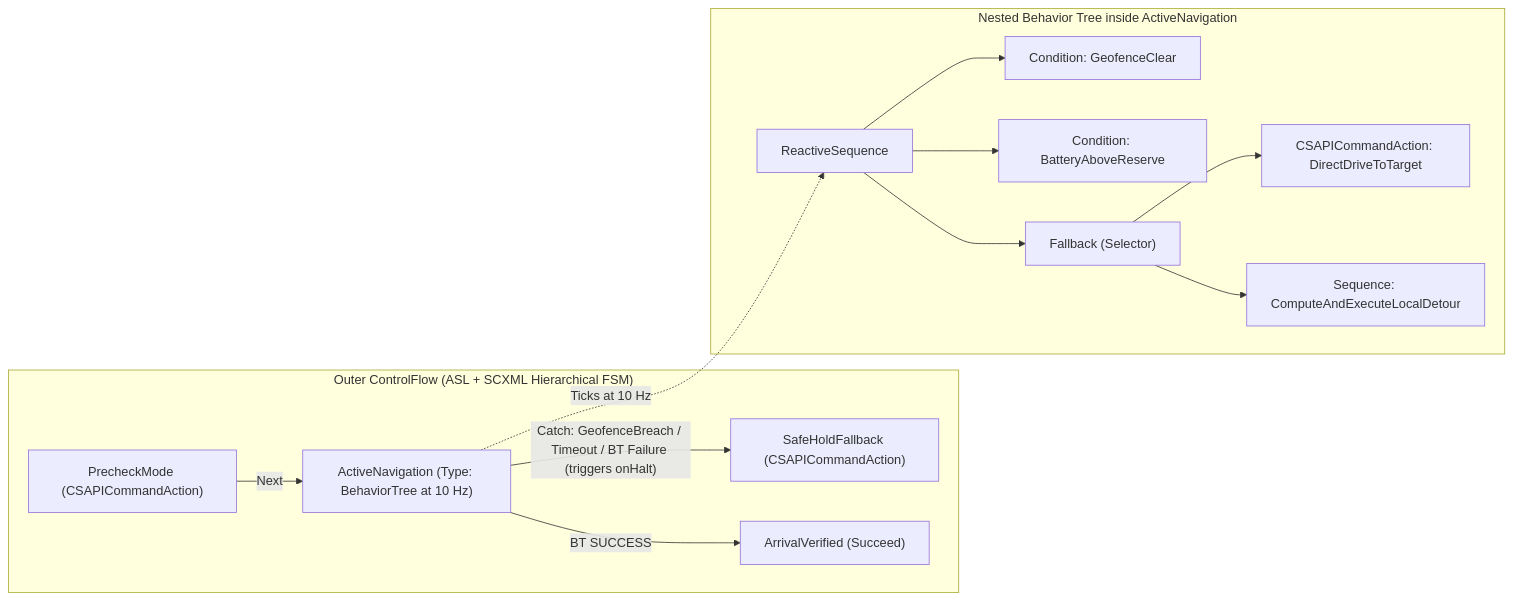
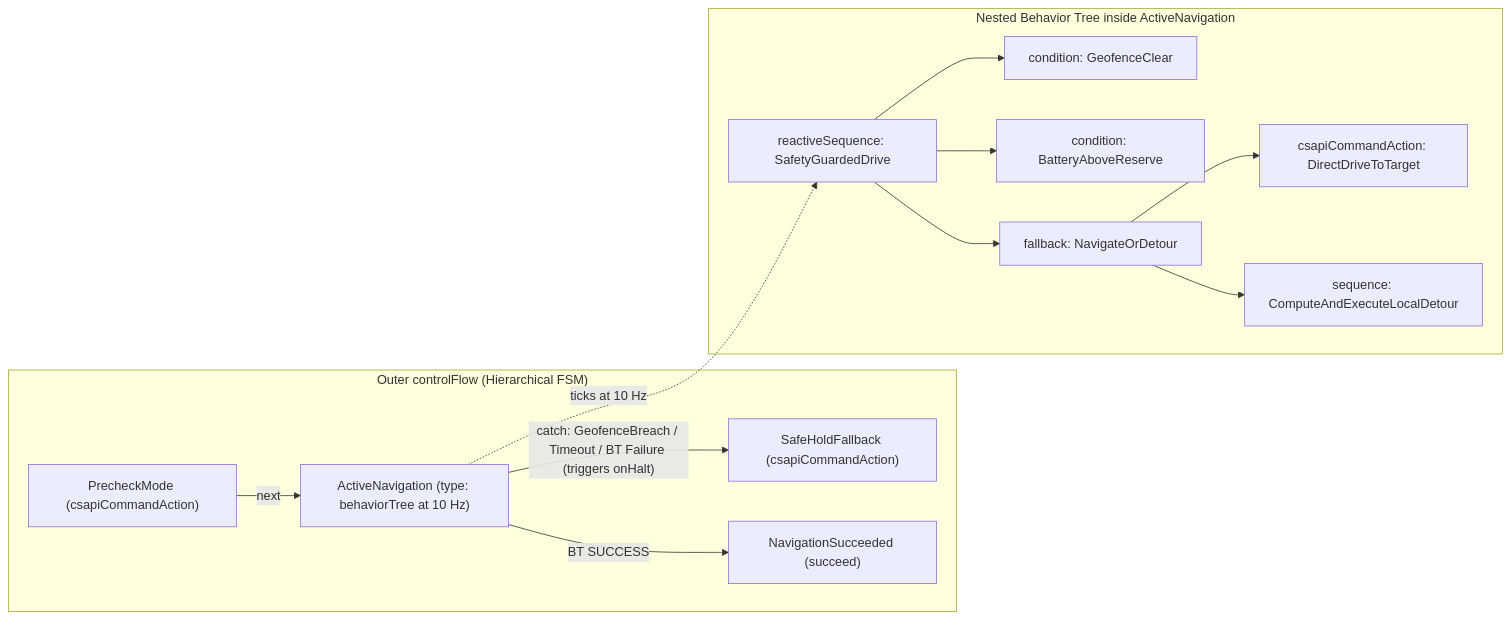
One commit to cam-s-hunt/autonomyml changed the second of 3 diagrams in docs/research/asl-and-open-standards-precedents.md. Above: the diagram before and after it, drawn with Mermaid. The commit also changed other lines of this file and 1 other file, not shown here.

````diff
--- a/docs/research/asl-and-open-standards-precedents.md
+++ b/docs/research/asl-and-open-standards-precedents.md
@@ -289,28 +315,28 @@
 ```mermaid
 flowchart LR
-    subgraph FSM["Outer ControlFlow (ASL + SCXML Hierarchical FSM)"]
-        Precheck["PrecheckMode (CSAPICommandAction)"]
-        ActiveNav["ActiveNavigation (Type: BehaviorTree at 10 Hz)"]
-        SafeHold["SafeHoldFallback (CSAPICommandAction)"]
-        Done["ArrivalVerified (Succeed)"]
+    subgraph FSM["Outer controlFlow (Hierarchical FSM)"]
+        Precheck["PrecheckMode (csapiCommandAction)"]
+        ActiveNav["ActiveNavigation (type: behaviorTree at 10 Hz)"]
+        SafeHold["SafeHoldFallback (csapiCommandAction)"]
+        Done["NavigationSucceeded (succeed)"]
     end
 
     subgraph BT["Nested Behavior Tree inside ActiveNavigation"]
-        RS["ReactiveSequence"]
-        G1["Condition: GeofenceClear"]
-        G2["Condition: BatteryAboveReserve"]
-        FB["Fallback (Selector)"]
-        A1["CSAPICommandAction: DirectDriveToTarget"]
-        A2["Sequence: ComputeAndExecuteLocalDetour"]
+        RS["reactiveSequence: SafetyGuardedDrive"]
+        G1["condition: GeofenceClear"]
+        G2["condition: BatteryAboveReserve"]
+        FB["fallback: NavigateOrDetour"]
+        A1["csapiCommandAction: DirectDriveToTarget"]
+        A2["sequence: ComputeAndExecuteLocalDetour"]
     end
 
-    Precheck -->|"Next"| ActiveNav
-    ActiveNav -.->|"Ticks at 10 Hz"| RS
+    Precheck -->|"next"| ActiveNav
+    ActiveNav -.->|"ticks at 10 Hz"| RS
     RS --> G1
     RS --> G2
     RS --> FB
     FB --> A1
     FB --> A2
     ActiveNav -->|"BT SUCCESS"| Done
-    ActiveNav -->|"Catch: GeofenceBreach / Timeout / BT Failure (triggers onHalt)"| SafeHold
+    ActiveNav -->|"catch: GeofenceBreach / Timeout / BT Failure (triggers onHalt)"| SafeHold
 ```
````
